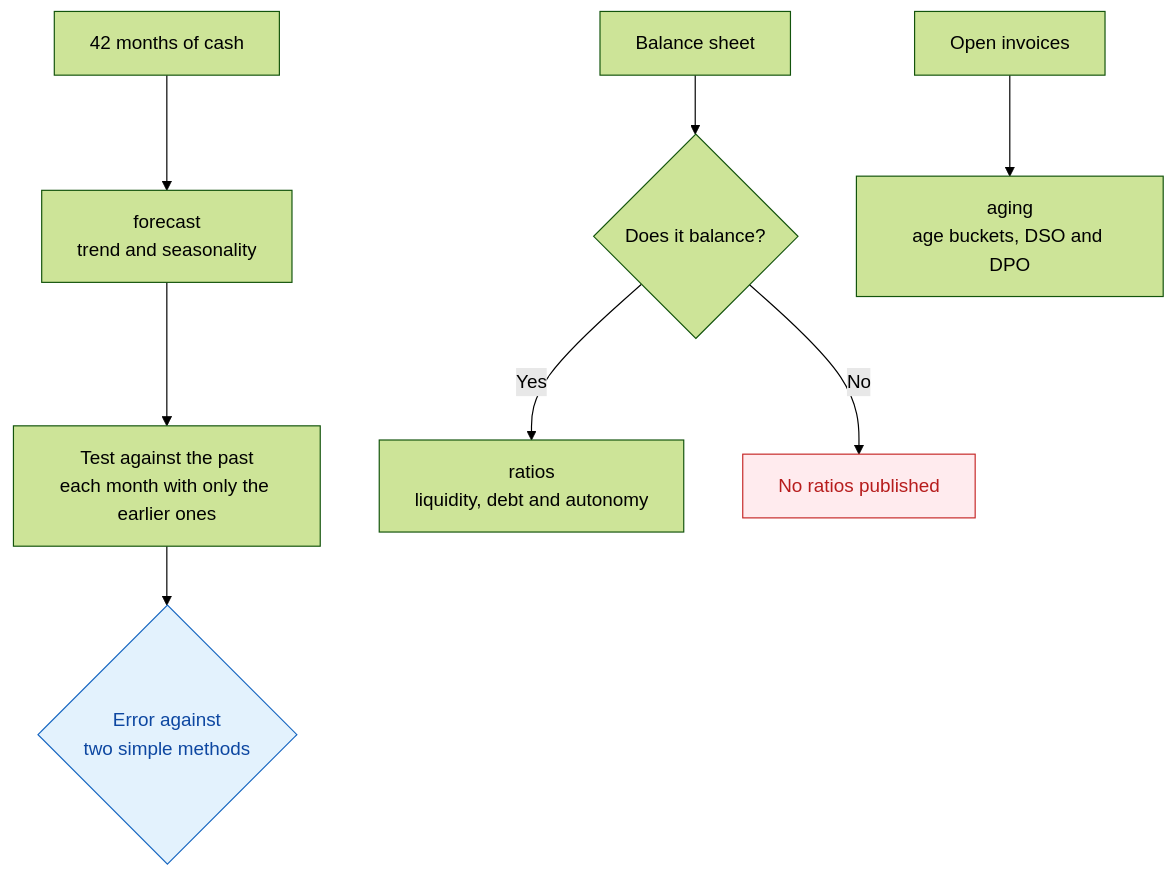
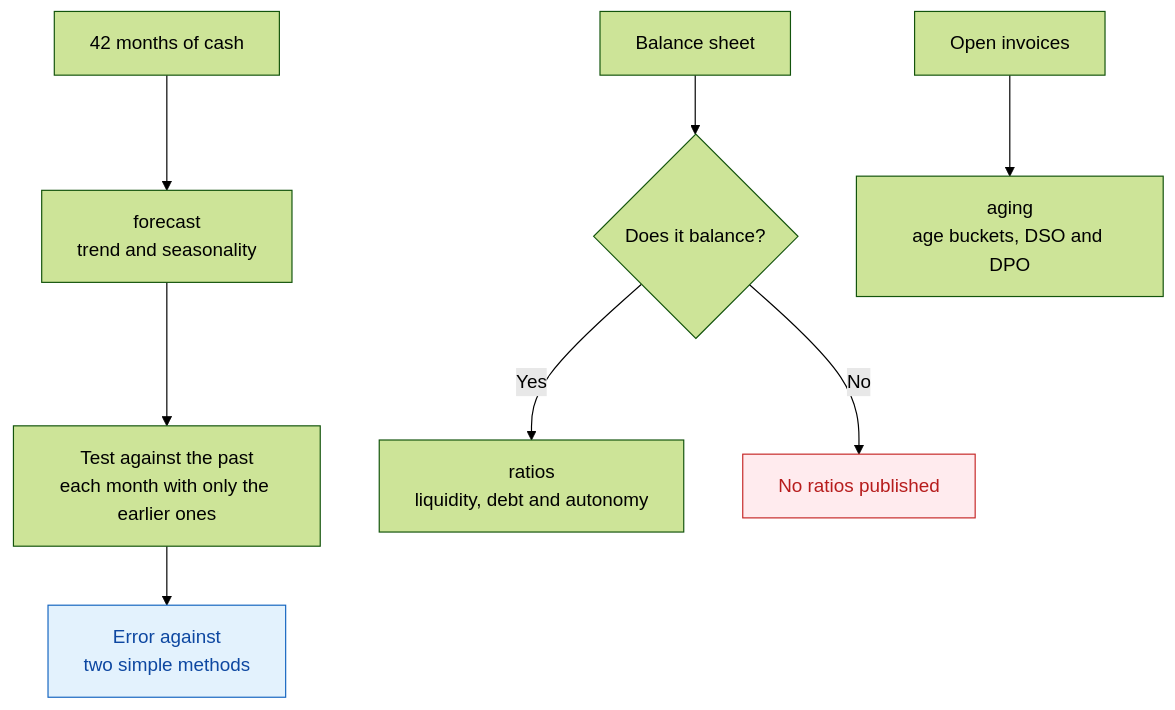
One commit to jleonceo/tesoreria-forecast-ia changed the diagram in README.en.md. Above: the diagram before and after it, drawn with Mermaid (forest theme). The commit also changed 1 other file, not shown here.

Commit message:
Esquema: el rombo se reserva para las decisiones
Una caja que no es una pregunta con dos salidas pasa a ser un rectángulo.

````diff
--- a/README.en.md
+++ b/README.en.md
@@ -29,12 +29,12 @@
 ```mermaid
 flowchart TD
     C[42 months of cash] --> F[forecast<br/>trend and seasonality]
     F --> BT[Test against the past<br/>each month with only the earlier ones]
-    BT --> CMP{Error against<br/>two simple methods}
+    BT --> CMP[Error against<br/>two simple methods]
     BL[Balance sheet] --> Q{Does it balance?}
     Q -->|Yes| RA[ratios<br/>liquidity, debt and autonomy]
     Q -->|No| NR[No ratios published]
     FA[Open invoices] --> AG[aging<br/>age buckets, DSO and DPO]
     style CMP fill:#e3f2fd,stroke:#1565c0,color:#0d47a1
     style NR fill:#ffebee,stroke:#c62828,color:#b71c1c
 ```
````
